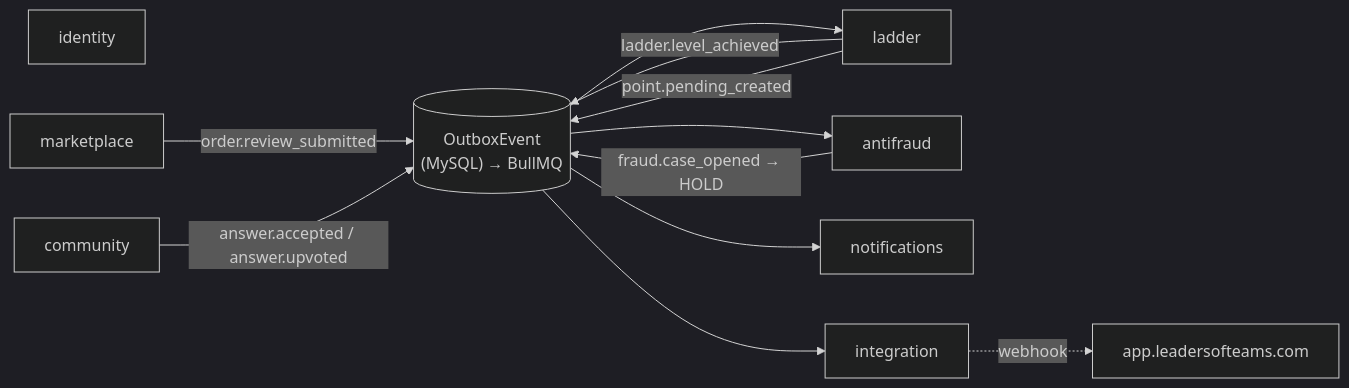
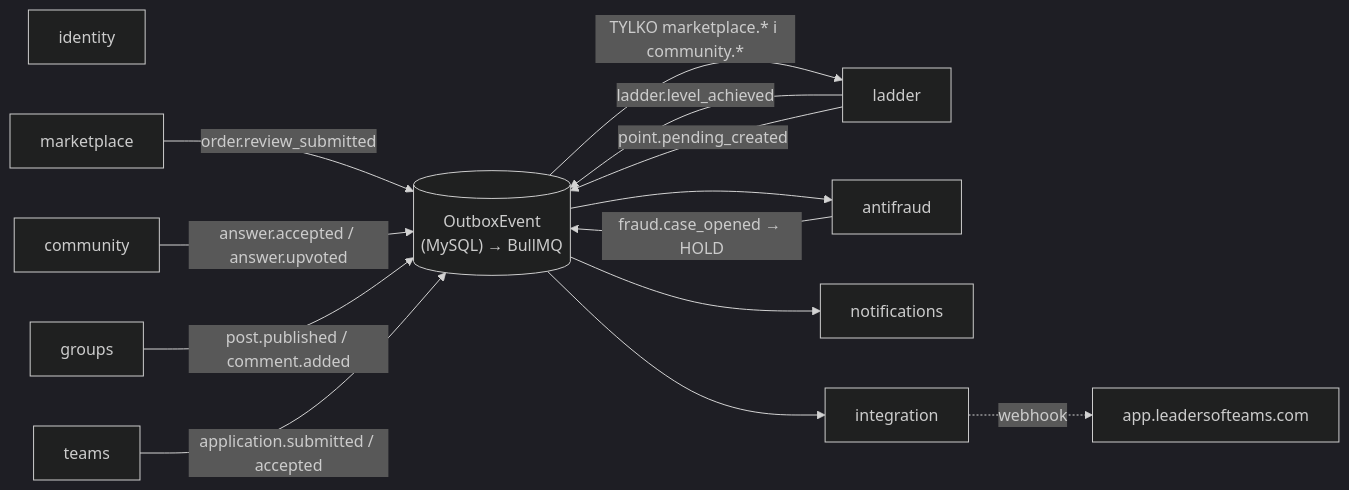
The second of 2 diagrams in docs/architecture/OVERVIEW.md (Leadersofteam/Portal-Leadersofteams), drawn with Mermaid (dark theme) before and after one commit. The commit also changed other lines of this file and 76 other files, not shown here.

````diff
--- a/docs/architecture/OVERVIEW.md
+++ b/docs/architecture/OVERVIEW.md
@@ -53,17 +56,19 @@
 ```mermaid
 flowchart LR
-    IDN[identity] ; MKT[marketplace] ; COM[community]
+    IDN[identity] ; MKT[marketplace] ; GRP[groups] ; COM[community] ; TMS[teams]
     LAD[ladder] ; AFR[antifraud] ; NOT[notifications] ; INT[integration]
     OBX[("OutboxEvent<br/>(MySQL) → BullMQ")]
 
     MKT -->|order.review_submitted| OBX
     COM -->|answer.accepted / answer.upvoted| OBX
-    OBX --> LAD
+    GRP -->|post.published / comment.added| OBX
+    TMS -->|application.submitted / accepted| OBX
+    OBX -->|"TYLKO marketplace.* i community.*"| LAD
     LAD -->|ladder.level_achieved| OBX
     LAD -->|point.pending_created| OBX
     OBX --> AFR
     AFR -->|fraud.case_opened → HOLD| OBX
     OBX --> NOT
     OBX --> INT
     INT -.->|webhook| EXT["app.leadersofteams.com"]
 ```
````
